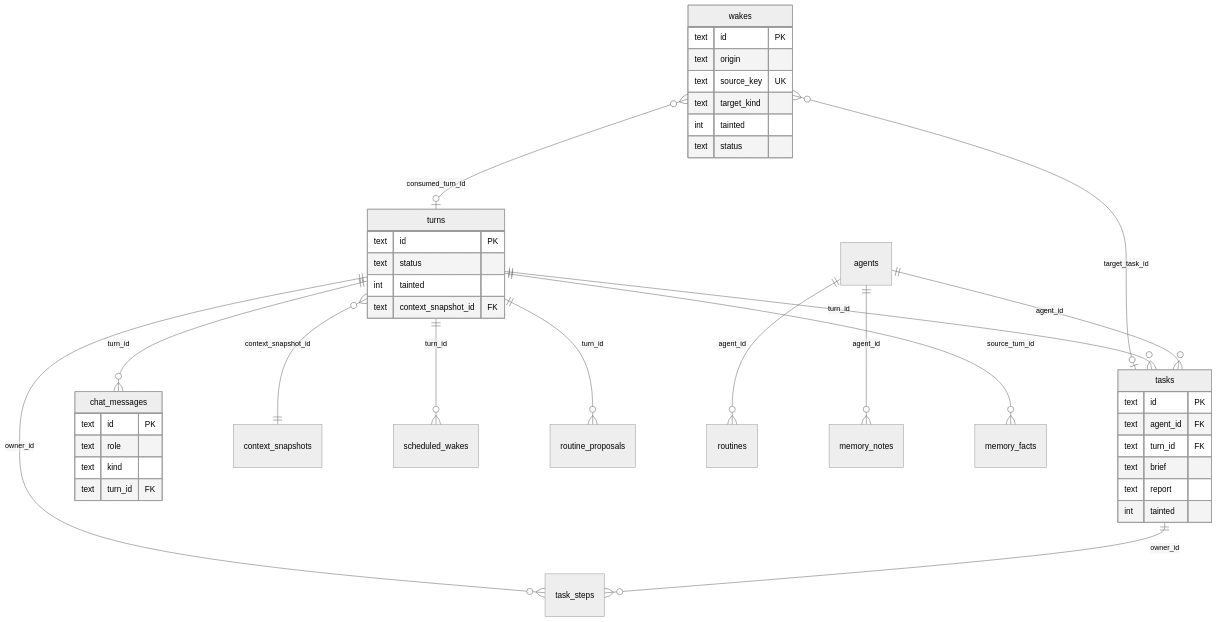
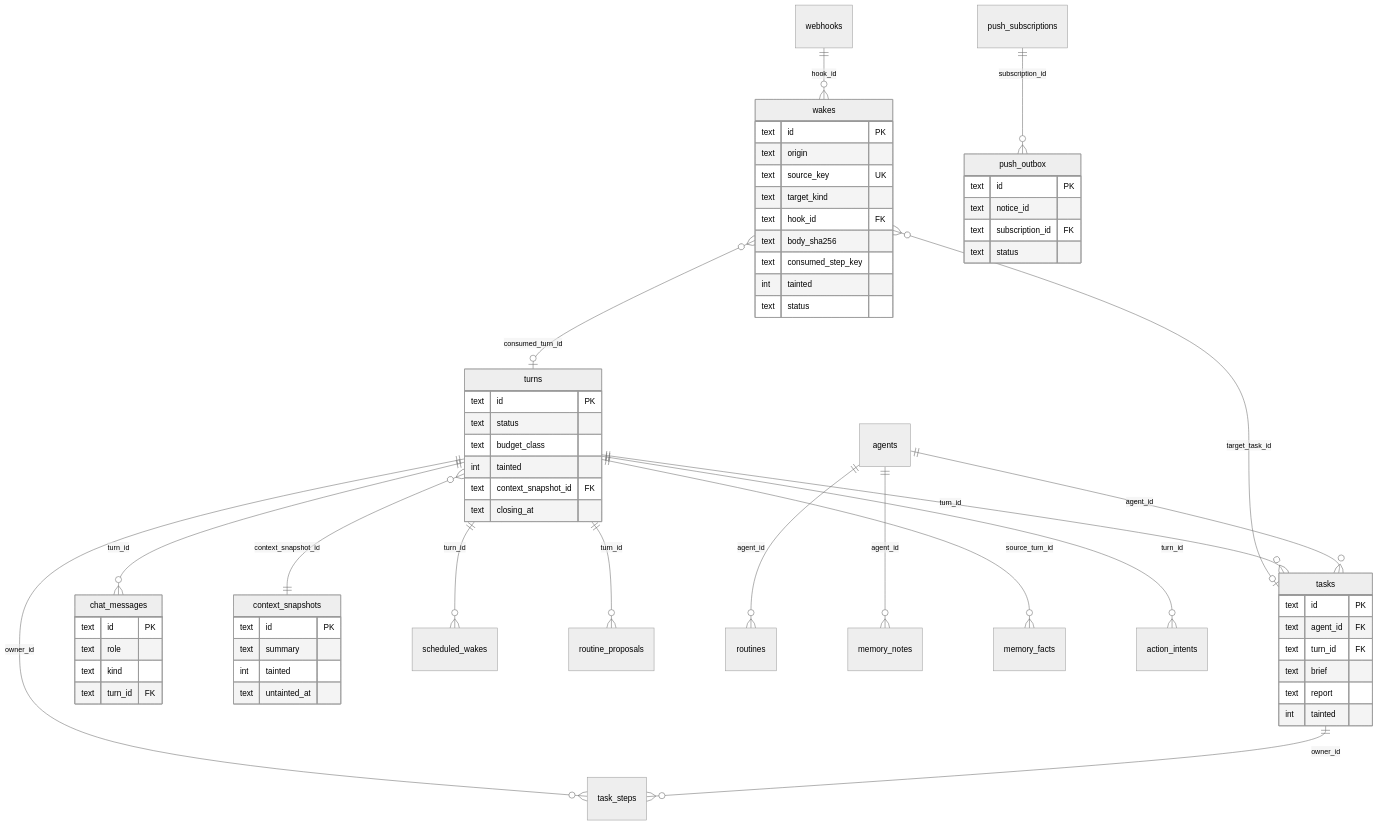
The second of 3 diagrams in docs/design/10_diagrams/README.md (itiwoja/agent-team), drawn with Mermaid (neutral theme) before and after one commit. The commit also changed other lines of this file and 32 other files, not shown here.

````diff
--- a/docs/design/10_diagrams/README.md
+++ b/docs/design/10_diagrams/README.md
@@ -42,44 +42,64 @@
 ```mermaid
 erDiagram
  wakes }o--o| turns : "consumed_turn_id"
  wakes }o--o| tasks : "target_task_id"
  turns ||--o{ chat_messages : "turn_id"
  turns ||--o{ tasks : "turn_id"
  agents ||--o{ tasks : "agent_id"
  turns ||--o{ task_steps : "owner_id"
  tasks ||--o{ task_steps : "owner_id"
  turns }o--|| context_snapshots : "context_snapshot_id"
  turns ||--o{ scheduled_wakes : "turn_id"
  turns ||--o{ routine_proposals : "turn_id"
  agents ||--o{ routines : "agent_id"
  agents ||--o{ memory_notes : "agent_id"
  turns ||--o{ memory_facts : "source_turn_id"
+ webhooks ||--o{ wakes : "hook_id"
+ turns ||--o{ action_intents : "turn_id"
+ push_subscriptions ||--o{ push_outbox : "subscription_id"
  wakes {
   text id PK
   text origin
   text source_key UK
   text target_kind
+  text hook_id FK
+  text body_sha256
+  text consumed_step_key
   int tainted
   text status
  }
  turns {
   text id PK
   text status
+  text budget_class
   int tainted
   text context_snapshot_id FK
+  text closing_at
+ }
+ context_snapshots {
+  text id PK
+  text summary
+  int tainted
+  text untainted_at
+ }
+ push_outbox {
+  text id PK
+  text notice_id
+  text subscription_id FK
+  text status
  }
  tasks {
   text id PK
   text agent_id FK
   text turn_id FK
   text brief
   text report
   int tainted
  }
  chat_messages {
   text id PK
   text role
   text kind
   text turn_id FK
  }
 ```
````
